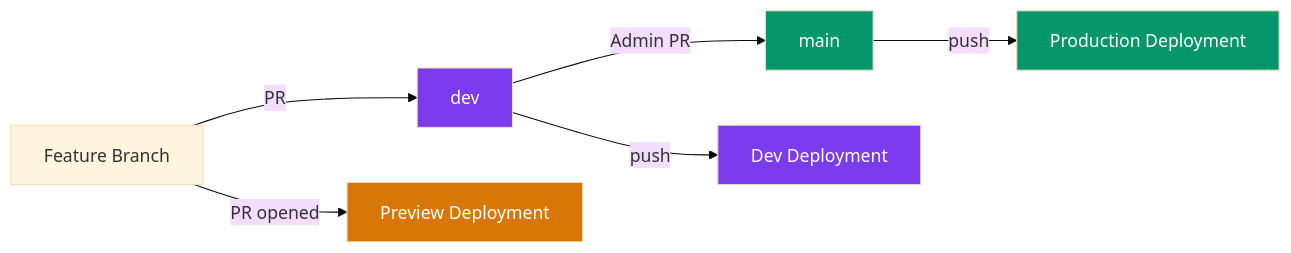
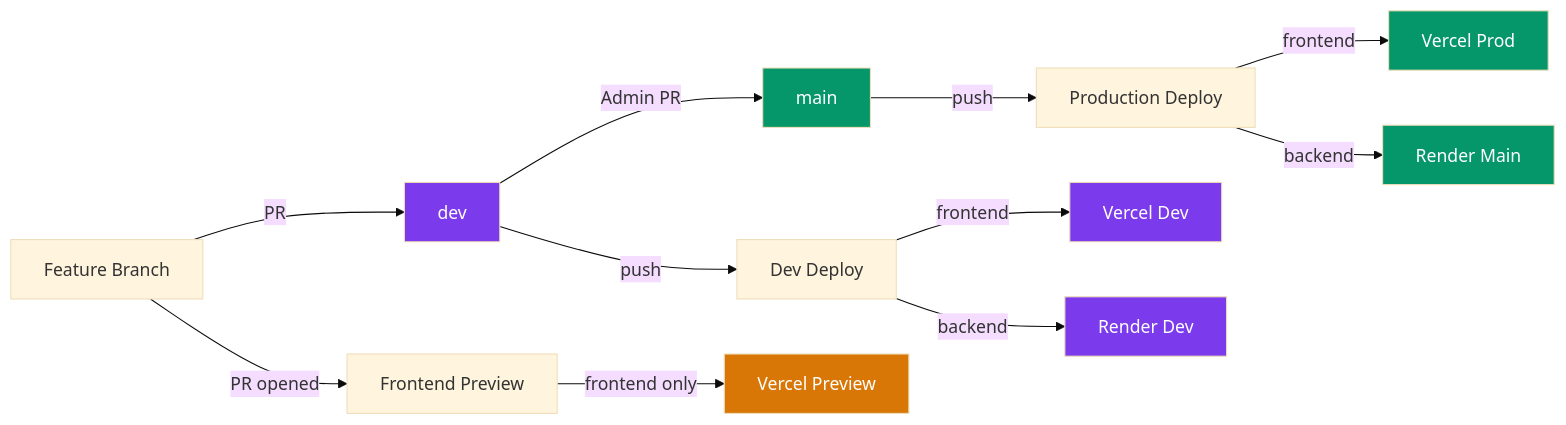
The diagram in docs/guides/CI_CD.md (NITRR-Official/CampusOS), drawn with Mermaid (base theme) before and after one commit. The commit also changed other lines of this file and 32 other files, not shown here.

````diff
--- a/docs/guides/CI_CD.md
+++ b/docs/guides/CI_CD.md
@@ -14,15 +14,23 @@
 ```mermaid
 graph LR
     A[Feature Branch] -->|PR| B[dev]
     B -->|Admin PR| C[main]
 
-    B -->|push| D[Dev Deployment]
-    C -->|push| E[Production Deployment]
-    A -->|PR opened| F[Preview Deployment]
+    B -->|push| D[Dev Deploy]
+    C -->|push| E[Production Deploy]
+    A -->|PR opened| F[Frontend Preview]
+
+    D -->|frontend| D1[Vercel Dev]
+    D -->|backend| D2[Render Dev]
+    E -->|frontend| E1[Vercel Prod]
+    E -->|backend| E2[Render Main]
+    F -->|frontend only| F1[Vercel Preview]
 
     style C fill:#059669,color:#fff
     style B fill:#7c3aed,color:#fff
-    style D fill:#7c3aed,color:#fff
-    style E fill:#059669,color:#fff
-    style F fill:#d97706,color:#fff
+    style D1 fill:#7c3aed,color:#fff
+    style D2 fill:#7c3aed,color:#fff
+    style E1 fill:#059669,color:#fff
+    style E2 fill:#059669,color:#fff
+    style F1 fill:#d97706,color:#fff
 ```
````
